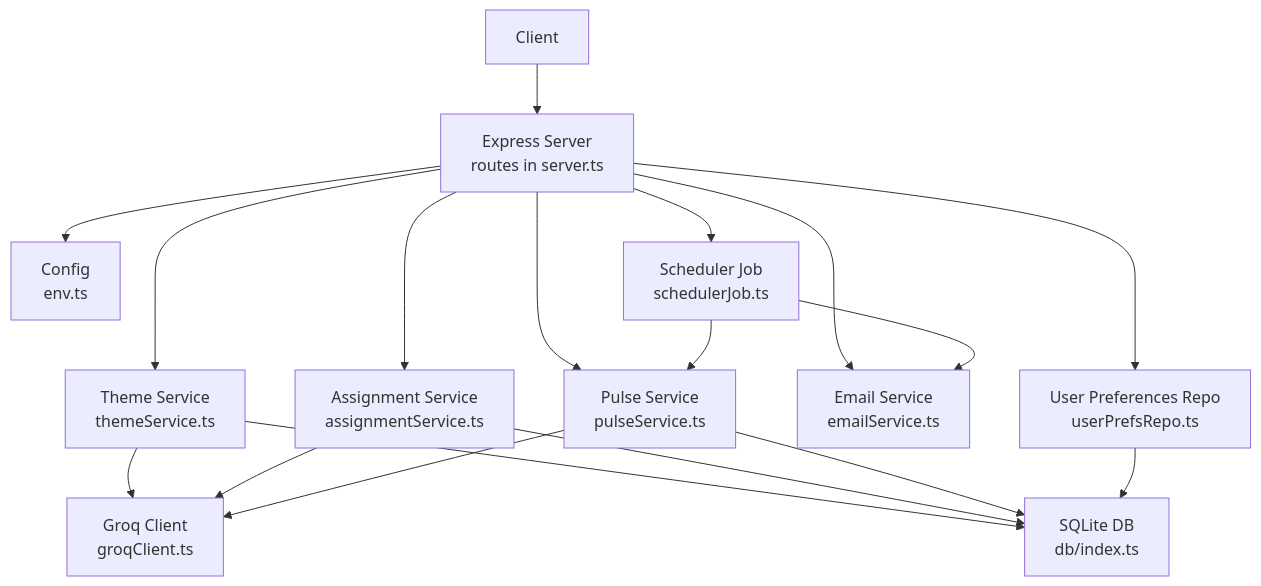
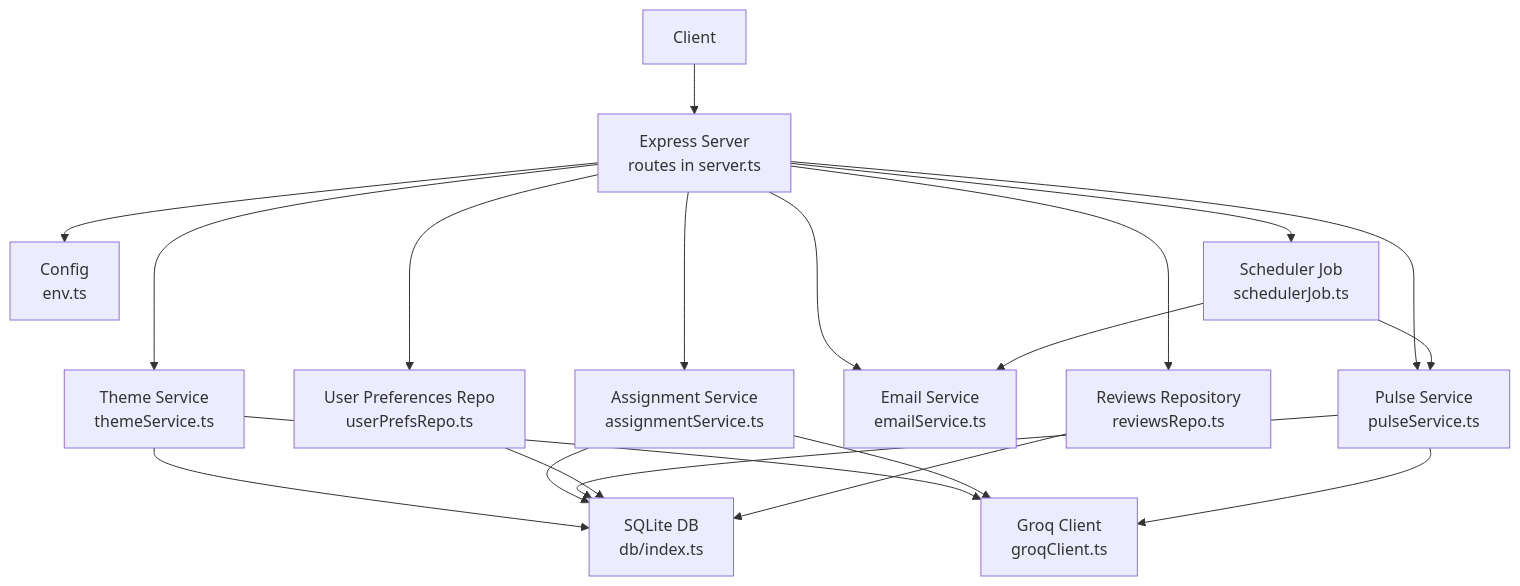
Before and after one commit to aravinthraj-ramalingam/Groww-App-Review-Insights-Analyzer-: the first of 11 diagrams in .qoder/repowiki/en/content/API Reference/Phase 2 API Endpoints.md, drawn with Mermaid. The commit also changed other lines of this file and 11 other files, not shown here.

````diff
--- a/.qoder/repowiki/en/content/API Reference/Phase 2 API Endpoints.md
+++ b/.qoder/repowiki/en/content/API Reference/Phase 2 API Endpoints.md
@@ -56,31 +70,34 @@
 ```mermaid
 graph TB
 Client["Client"]
 API["Express Server<br/>routes in server.ts"]
 Config["Config<br/>env.ts"]
 DB["SQLite DB<br/>db/index.ts"]
 ThemeSvc["Theme Service<br/>themeService.ts"]
 AssignSvc["Assignment Service<br/>assignmentService.ts"]
 PulseSvc["Pulse Service<br/>pulseService.ts"]
 EmailSvc["Email Service<br/>emailService.ts"]
 PrefSvc["User Preferences Repo<br/>userPrefsRepo.ts"]
+ReviewsRepo["Reviews Repository<br/>reviewsRepo.ts"]
 Scheduler["Scheduler Job<br/>schedulerJob.ts"]
 Groq["Groq Client<br/>groqClient.ts"]
 Client --> API
 API --> ThemeSvc
 API --> AssignSvc
 API --> PulseSvc
 API --> EmailSvc
 API --> PrefSvc
+API --> ReviewsRepo
 API --> Scheduler
 API --> Config
 ThemeSvc --> DB
 AssignSvc --> DB
 PulseSvc --> DB
 PrefSvc --> DB
+ReviewsRepo --> DB
 Scheduler --> PulseSvc
 Scheduler --> EmailSvc
 ThemeSvc --> Groq
 AssignSvc --> Groq
 PulseSvc --> Groq
 ```
````
